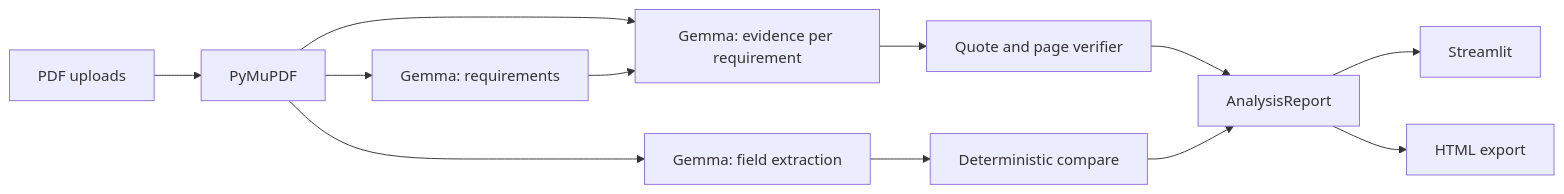
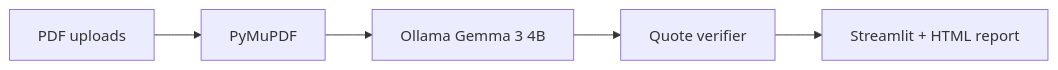
Before and after one commit to Souravrajvi0/packetproof: the diagram in README.md, drawn with Mermaid. The commit also changed other lines of this file and 7 other files, not shown here.

First line of the commit message:
Position Hacktoberfest story on local Ollama Gemma only

````diff
--- a/README.md
+++ b/README.md
@@ -27,14 +26,7 @@
 ```mermaid
 flowchart LR
   PDF[PDF uploads] --> Extract[PyMuPDF]
-  Extract --> Req[Gemma: requirements]
-  Extract --> Match[Gemma: evidence per requirement]
-  Extract --> Fields[Gemma: field extraction]
-  Req --> Match
-  Match --> Verify[Quote and page verifier]
-  Fields --> Det[Deterministic compare]
-  Verify --> Report[AnalysisReport]
-  Det --> Report
-  Report --> UI[Streamlit]
-  Report --> HTML[HTML export]
+  Extract --> Gemma[Ollama Gemma 3 4B]
+  Gemma --> Verify[Quote verifier]
+  Verify --> UI[Streamlit + HTML report]
 ```
````
